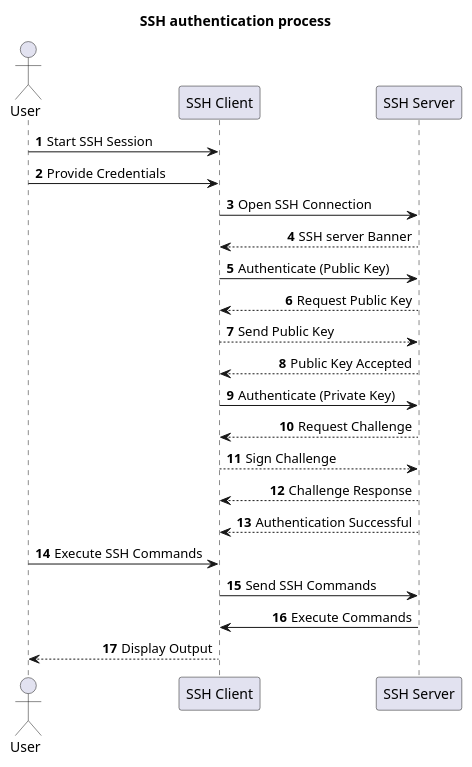
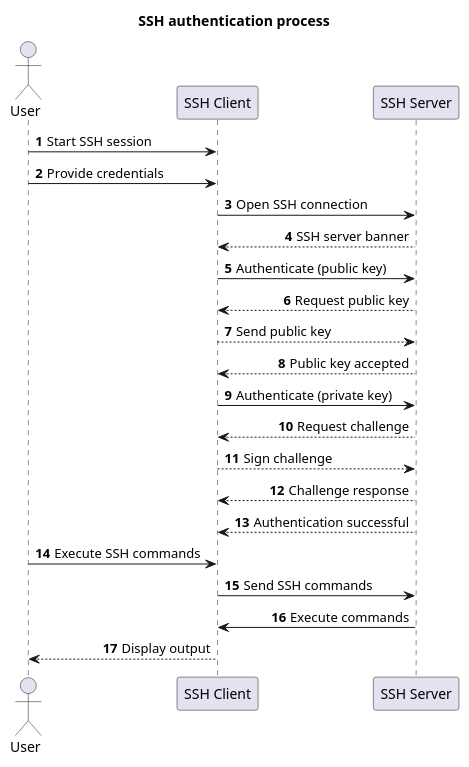
One commit to heig-vd-dai-course/heig-vd-dai-course changed the diagram in 11.03-ssh-and-scp/01-course-material/images/ssh-authentication-process.plantuml. Above: the diagram before and after it, drawn with PlantUML. The commit also changed 5 other files, not shown here.

```diff
--- a/11.03-ssh-and-scp/01-course-material/images/ssh-authentication-process.plantuml
+++ b/11.03-ssh-and-scp/01-course-material/images/ssh-authentication-process.plantuml
@@ -1,35 +1,35 @@
 @startuml ssh-authentication-process
 
 skinparam boxPadding 100
 skinparam maxMessageSize 300
 skinparam noteTextAlignment center
 skinparam sequenceMessageAlign direction
 skinparam wrapWidth 250
 autonumber
 
 !pragma teoz true
 
 title "SSH authentication process"
 
 actor "User" as user
 participant "SSH Client" as client
 participant "SSH Server" as server
 
-user -> client: Start SSH Session
-user -> client: Provide Credentials
-client -> server: Open SSH Connection
-server --> client: SSH server Banner
-client -> server: Authenticate (Public Key)
-server --> client: Request Public Key
-client --> server: Send Public Key
-server --> client: Public Key Accepted
-client -> server: Authenticate (Private Key)
-server --> client: Request Challenge
-client --> server: Sign Challenge
-server --> client: Challenge Response
-server --> client: Authentication Successful
-user -> client: Execute SSH Commands
-client -> server: Send SSH Commands
-server -> client: Execute Commands
-client --> user: Display Output
+user -> client: Start SSH session
+user -> client: Provide credentials
+client -> server: Open SSH connection
+server --> client: SSH server banner
+client -> server: Authenticate (public key)
+server --> client: Request public key
+client --> server: Send public key
+server --> client: Public key accepted
+client -> server: Authenticate (private key)
+server --> client: Request challenge
+client --> server: Sign challenge
+server --> client: Challenge response
+server --> client: Authentication successful
+user -> client: Execute SSH commands
+client -> server: Send SSH commands
+server -> client: Execute commands
+client --> user: Display output
 @enduml
```
